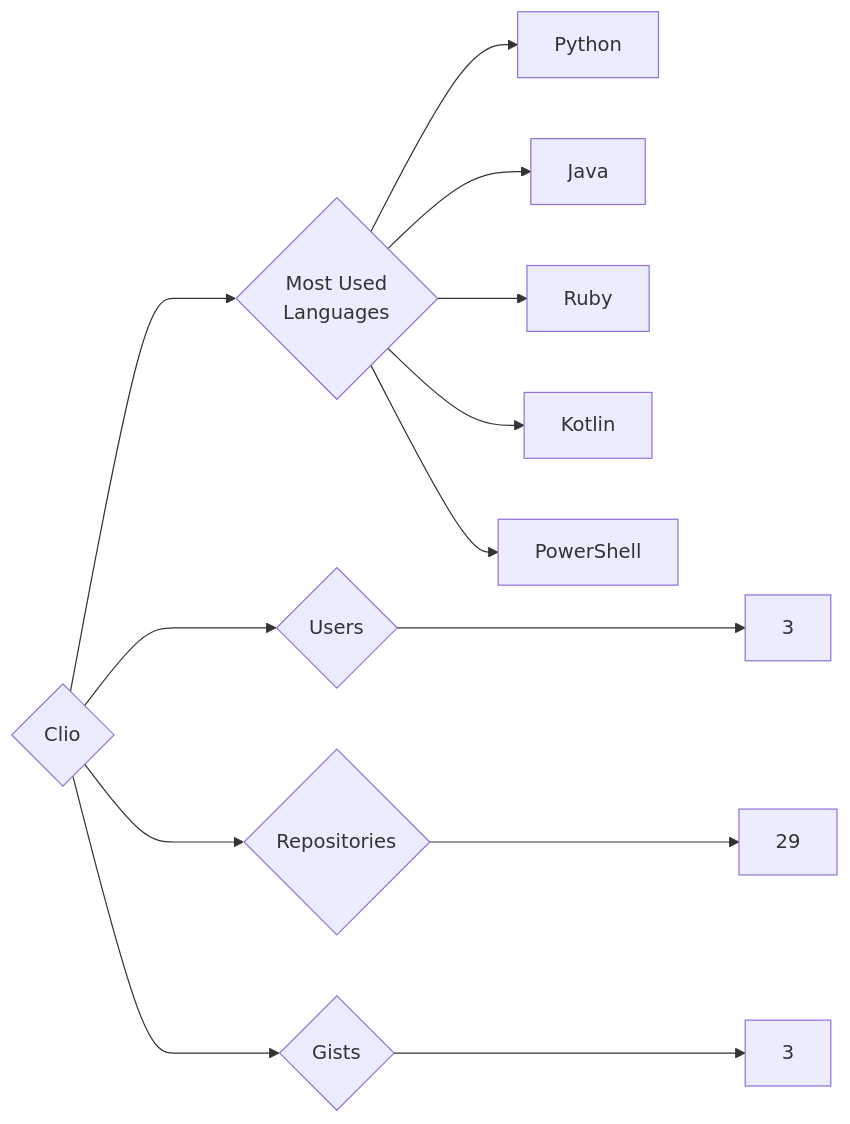
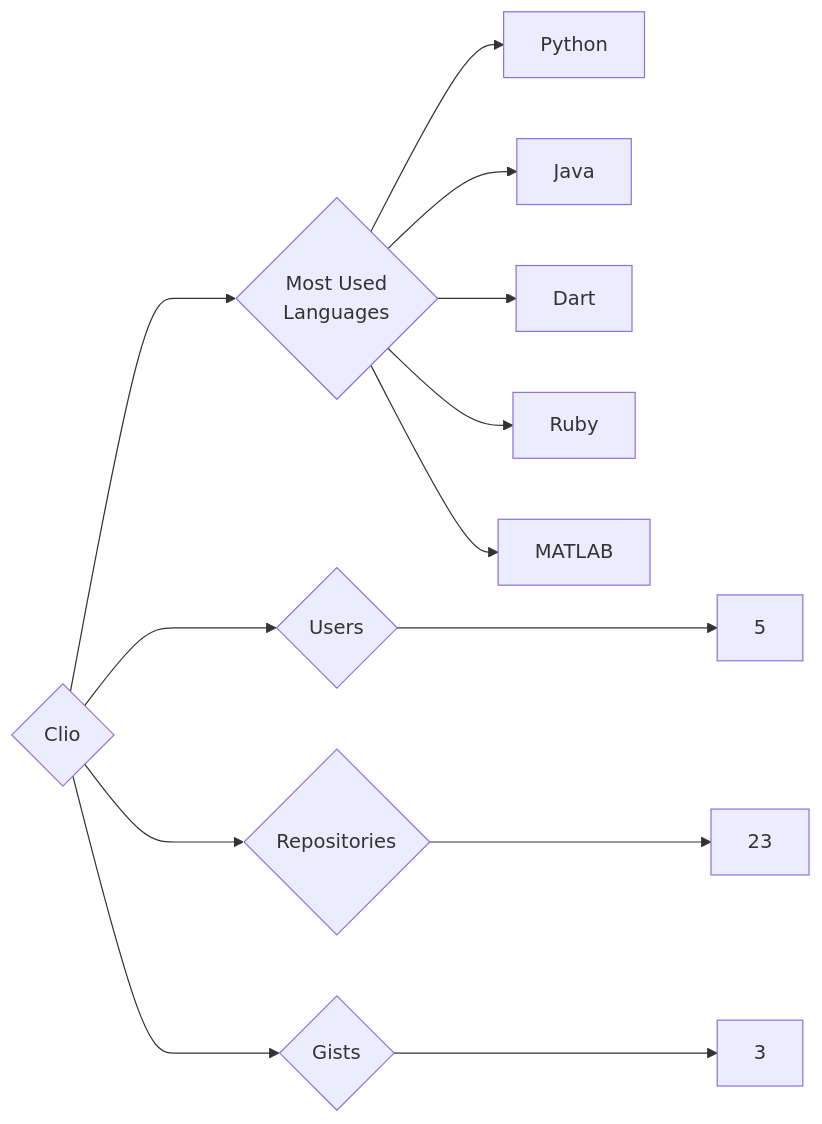
Before and after one commit to trickest/insiders: the diagram in targets/Clio/README.md, drawn with Mermaid. The commit also changed 783 other files, not shown here.

````diff
--- a/targets/Clio/README.md
+++ b/targets/Clio/README.md
@@ -3,13 +3,13 @@
 ```mermaid
 graph LR
 COMPANY_NAME{Clio}
-COMPANY_NAME ---> U{Users} ---> UN[3]
-COMPANY_NAME ---> R{Repositories} ---> RN[29]
+COMPANY_NAME ---> U{Users} ---> UN[5]
+COMPANY_NAME ---> R{Repositories} ---> RN[23]
 COMPANY_NAME ---> G{Gists} ---> GN[3]
 COMPANY_NAME ---> ML{Most Used<br>Languages}
 ML --> Python[Python]
 ML --> Java[Java]
+ML --> Dart[Dart]
 ML --> Ruby[Ruby]
-ML --> Kotlin[Kotlin]
-ML --> PowerShell[PowerShell]
+ML --> MATLAB[MATLAB]
 ```
````
